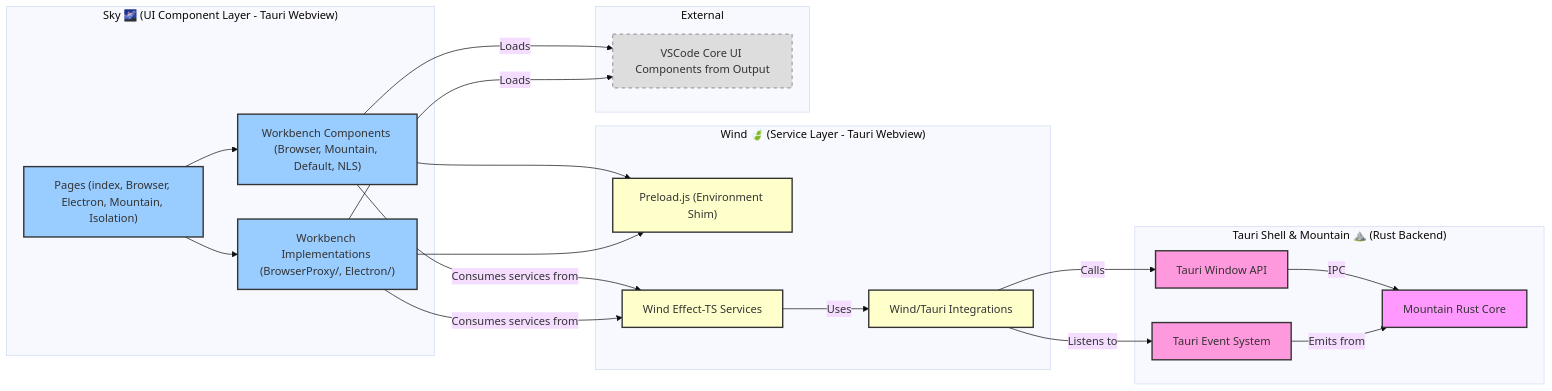
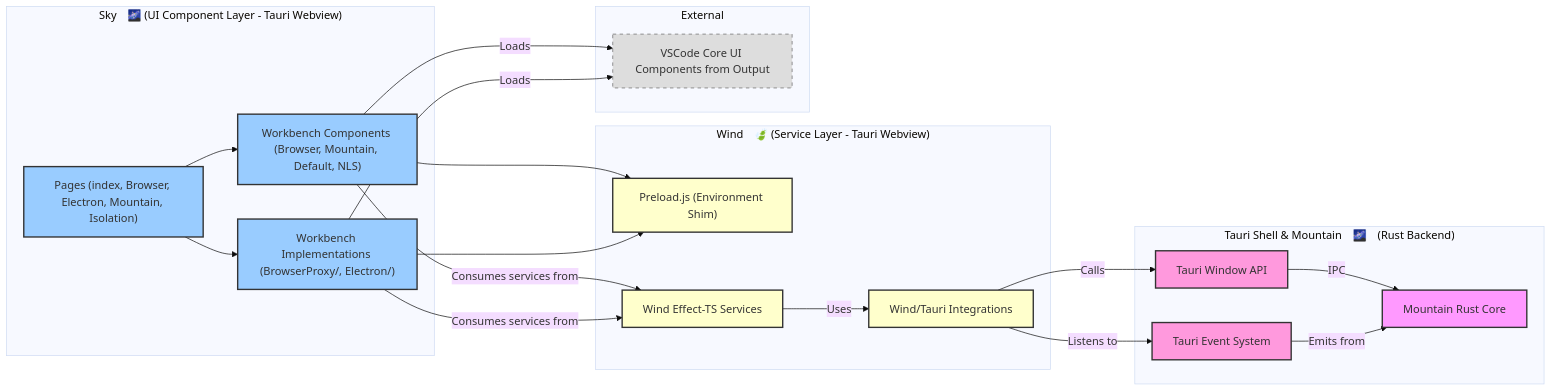
One commit to CodeEditorLand/Sky changed the diagram in README.md. Above: the diagram before and after it, drawn with Mermaid (base theme). The commit also changed other lines of this file and 4 other files, not shown here.

````diff
--- a/README.md
+++ b/README.md
@@ -183,44 +183,44 @@
 ```mermaid
 graph LR
 classDef sky fill:#9cf,stroke:#333,stroke-width:2px;
 classDef wind fill:#ffc,stroke:#333,stroke-width:2px;
 classDef tauri fill:#f9d,stroke:#333,stroke-width:2px;
 classDef mountain fill:#f9f,stroke:#333,stroke-width:2px;
 classDef external fill:#ddd,stroke:#666,stroke-dasharray: 5 5;
 
-subgraph "Sky 🌌 (UI Component Layer - Tauri Webview)"
+subgraph "Sky 🌌 (UI Component Layer - Tauri Webview)"
 Pages["Pages (index, Browser, Electron, Mountain, Isolation)"]:::sky
 Workbenches["Workbench Components (Browser, Mountain, Default, NLS)"]:::sky
 WorkbenchImpl["Workbench Implementations (BrowserProxy/, Electron/)"]:::sky
 end
 
-subgraph "Wind 🍃 (Service Layer - Tauri Webview)"
+subgraph "Wind 🍃 (Service Layer - Tauri Webview)"
 PreloadJS["Preload.js (Environment Shim)"]:::wind
 WindServices[Wind Effect-TS Services]:::wind
 TauriIntegrations[Wind/Tauri Integrations]:::wind
 end
 
-subgraph "Tauri Shell & Mountain ⛰️ (Rust Backend)"
+subgraph "Tauri Shell & Mountain 🌌 (Rust Backend)"
 TauriWindow[Tauri Window API]:::tauri
 TauriEvents[Tauri Event System]:::tauri
 MountainCore[Mountain Rust Core]:::mountain
 end
 
 subgraph "External"
 VSCodeComponents[VSCode Core UI Components from Output]:::external
 end
 
 Pages --> Workbenches
 Pages --> WorkbenchImpl
 Workbenches --> PreloadJS
 WorkbenchImpl --> PreloadJS
 Workbenches -- Consumes services from --> WindServices
 WorkbenchImpl -- Consumes services from --> WindServices
 WindServices -- Uses --> TauriIntegrations
 TauriIntegrations -- Calls --> TauriWindow
 TauriIntegrations -- Listens to --> TauriEvents
 TauriWindow -- IPC --> MountainCore
 TauriEvents -- Emits from --> MountainCore
 Workbenches -- Loads --> VSCodeComponents
 WorkbenchImpl -- Loads --> VSCodeComponents
 ```
````
